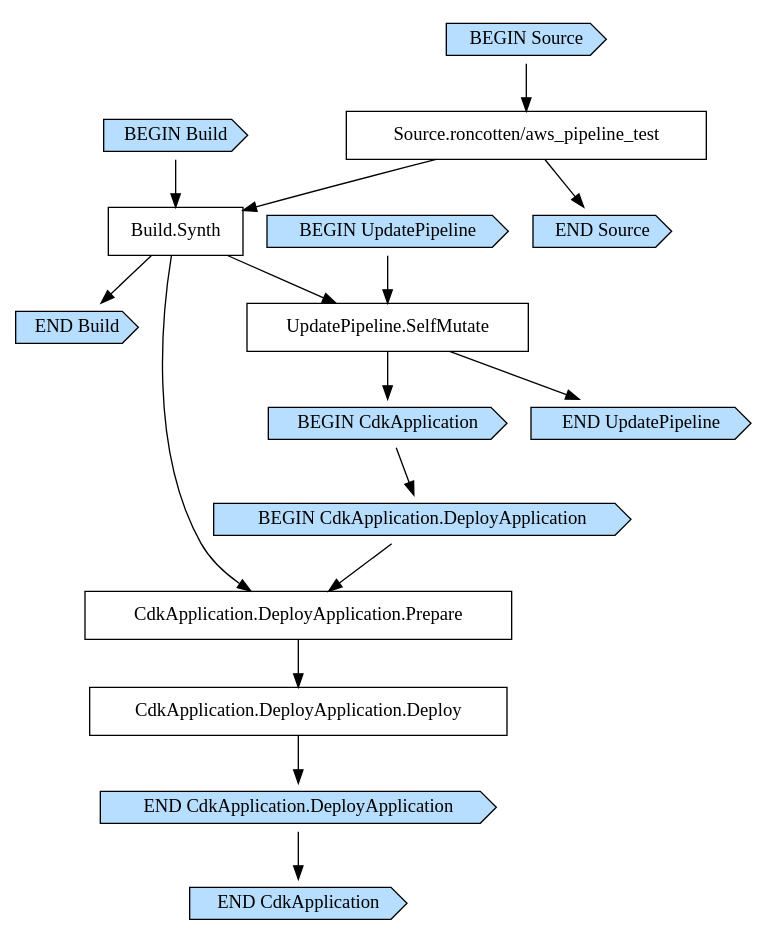
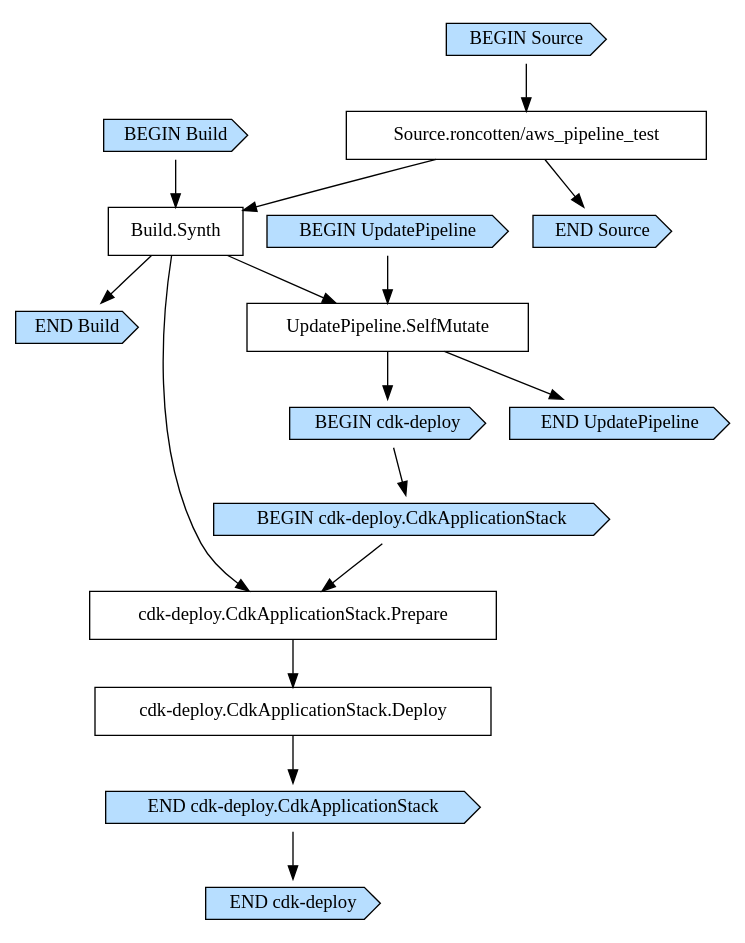
The diagram in cdk.out/cdkpipelineC3976E41.dot (roncotten/aws_pipeline_test), drawn with Graphviz before and after one commit. The commit also changed 9 other files, not shown here.

```diff
--- a/cdk.out/cdkpipelineC3976E41.dot
+++ b/cdk.out/cdkpipelineC3976E41.dot
@@ -1,37 +1,37 @@
 digraph G {
   # Arrows represent an "unlocks" relationship (opposite of dependency). So chosen
   # because the layout looks more natural that way.
   # To represent subgraph dependencies, subgraphs are represented by BEGIN/END nodes.
   # To render: `dot -Tsvg cdkpipelineC3976E41.dot > graph.svg`, open in a browser.
   node [shape="box"];
 "BEGIN Build" [shape="cds", style="filled", fillcolor="#b7deff"];
 "END Build" [shape="cds", style="filled", fillcolor="#b7deff"];
 "Build.Synth";
 "Source.roncotten/aws_pipeline_test" -> "Build.Synth";
 "BEGIN Build" -> "Build.Synth";
 "Build.Synth" -> "END Build";
 "BEGIN UpdatePipeline" [shape="cds", style="filled", fillcolor="#b7deff"];
 "END UpdatePipeline" [shape="cds", style="filled", fillcolor="#b7deff"];
 "UpdatePipeline.SelfMutate";
 "Build.Synth" -> "UpdatePipeline.SelfMutate";
 "BEGIN UpdatePipeline" -> "UpdatePipeline.SelfMutate";
 "UpdatePipeline.SelfMutate" -> "END UpdatePipeline";
-"BEGIN CdkApplication" [shape="cds", style="filled", fillcolor="#b7deff"];
-"END CdkApplication" [shape="cds", style="filled", fillcolor="#b7deff"];
-"UpdatePipeline.SelfMutate" -> "BEGIN CdkApplication";
-"BEGIN CdkApplication.DeployApplication" [shape="cds", style="filled", fillcolor="#b7deff"];
-"END CdkApplication.DeployApplication" [shape="cds", style="filled", fillcolor="#b7deff"];
-"CdkApplication.DeployApplication.Deploy";
-"CdkApplication.DeployApplication.Prepare" -> "CdkApplication.DeployApplication.Deploy";
-"CdkApplication.DeployApplication.Prepare";
-"Build.Synth" -> "CdkApplication.DeployApplication.Prepare";
-"BEGIN CdkApplication.DeployApplication" -> "CdkApplication.DeployApplication.Prepare";
-"CdkApplication.DeployApplication.Deploy" -> "END CdkApplication.DeployApplication";
-"BEGIN CdkApplication" -> "BEGIN CdkApplication.DeployApplication";
-"END CdkApplication.DeployApplication" -> "END CdkApplication";
+"BEGIN cdk-deploy" [shape="cds", style="filled", fillcolor="#b7deff"];
+"END cdk-deploy" [shape="cds", style="filled", fillcolor="#b7deff"];
+"UpdatePipeline.SelfMutate" -> "BEGIN cdk-deploy";
+"BEGIN cdk-deploy.CdkApplicationStack" [shape="cds", style="filled", fillcolor="#b7deff"];
+"END cdk-deploy.CdkApplicationStack" [shape="cds", style="filled", fillcolor="#b7deff"];
+"cdk-deploy.CdkApplicationStack.Deploy";
+"cdk-deploy.CdkApplicationStack.Prepare" -> "cdk-deploy.CdkApplicationStack.Deploy";
+"cdk-deploy.CdkApplicationStack.Prepare";
+"Build.Synth" -> "cdk-deploy.CdkApplicationStack.Prepare";
+"BEGIN cdk-deploy.CdkApplicationStack" -> "cdk-deploy.CdkApplicationStack.Prepare";
+"cdk-deploy.CdkApplicationStack.Deploy" -> "END cdk-deploy.CdkApplicationStack";
+"BEGIN cdk-deploy" -> "BEGIN cdk-deploy.CdkApplicationStack";
+"END cdk-deploy.CdkApplicationStack" -> "END cdk-deploy";
 "BEGIN Source" [shape="cds", style="filled", fillcolor="#b7deff"];
 "END Source" [shape="cds", style="filled", fillcolor="#b7deff"];
 "Source.roncotten/aws_pipeline_test";
 "BEGIN Source" -> "Source.roncotten/aws_pipeline_test";
 "Source.roncotten/aws_pipeline_test" -> "END Source";
 }
```
